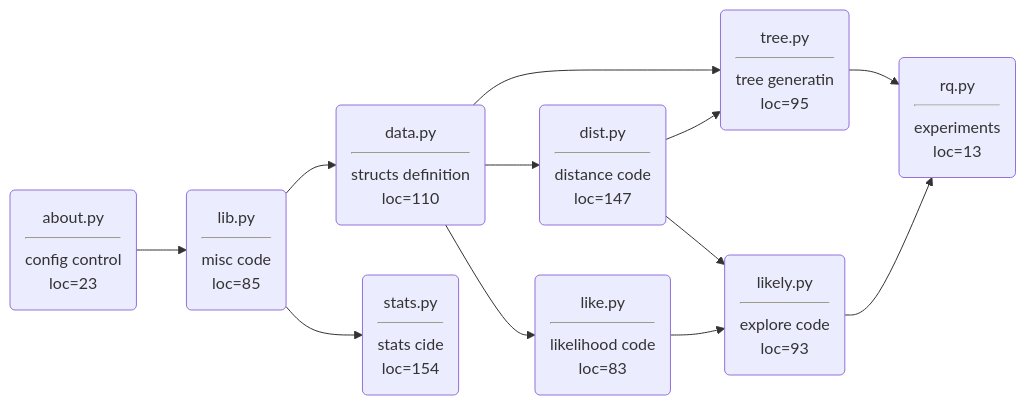
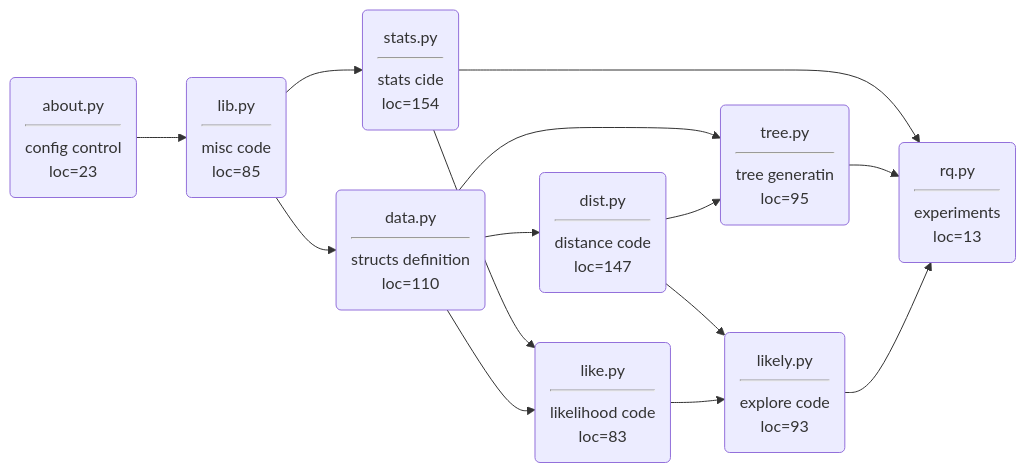
The diagram in ezr/README.md (timm/ezr), drawn with Mermaid before and after one commit.

````diff
--- a/ezr/README.md
+++ b/ezr/README.md
@@ -3,23 +3,25 @@
 ```mermaid
 graph LR;
 lib(lib.py<hr>misc code<br>loc=85);
 about(about.py<hr>config control<br>loc=23);
 data(data.py<hr>structs definition<br>loc=110)
 dist(dist.py<hr>distance code<br>loc=147);
 like(like.py<hr>likelihood code<br>loc=83);
 likely(likely.py<hr>explore code<br>loc=93);
 rq(rq.py<hr>experiments<br>loc=13);
 stats(stats.py<hr>stats cide<br>loc=154);
 tree(tree.py<hr>tree generatin<br>loc=95);
 lib --> data;
+stats --> like;
+stats --> rq;
 data --> dist;
 about --> lib;
 data --> like;
 dist --> likely;
 like --> likely;
 lib --> stats;
 data --> tree;
 dist --> tree;
 tree --> rq;
 likely --> rq;
 ```
````
